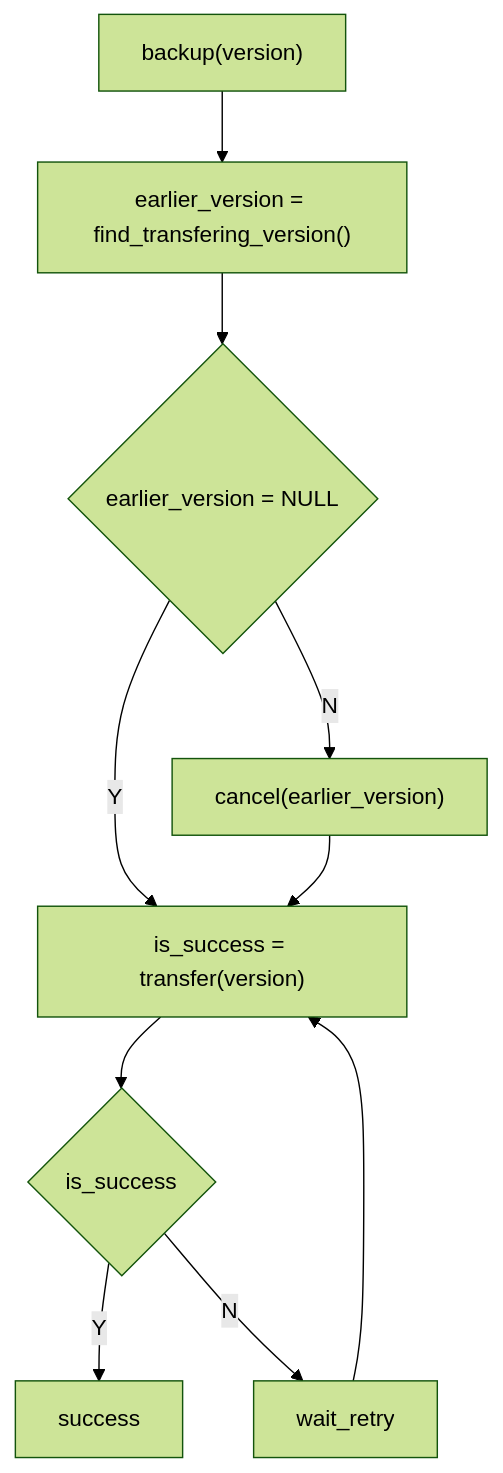
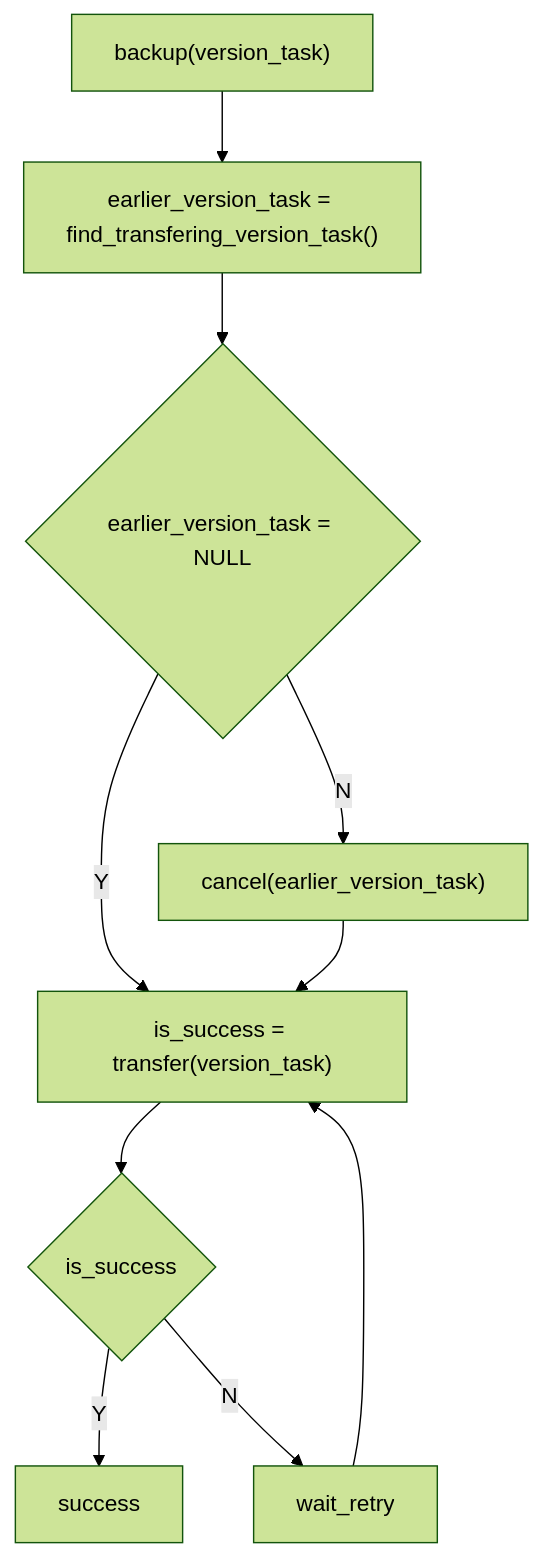
One commit to buckyos/buckyos changed the first of 4 diagrams in demo/backup_server/src/readme.md. Above: the diagram before and after it, drawn with Mermaid (forest theme). The commit also changed other lines of this file, not shown here.

Commit message:
upload & download flowchart

````diff
--- a/demo/backup_server/src/readme.md
+++ b/demo/backup_server/src/readme.md
@@ -56,12 +57,12 @@
 ```mermaid
 graph TD
-A["backup(version)"] --> B["earlier_version = find_transfering_version()"]
-B --> C{earlier_version = NULL}
-C -- Y --> E["is_success = transfer(version)"]
-C -- N --> D["cancel(earlier_version)"]
+A["backup(version_task)"] --> B["earlier_version_task = find_transfering_version_task()"]
+B --> C{earlier_version_task = NULL}
+C -- Y --> E["is_success = transfer(version_task)"]
+C -- N --> D["cancel(earlier_version_task)"]
 D --> E
 E --> F{is_success}
 F -- Y --> G[success]
 F -- N --> H[wait_retry]
 H --> E
 ```
````
